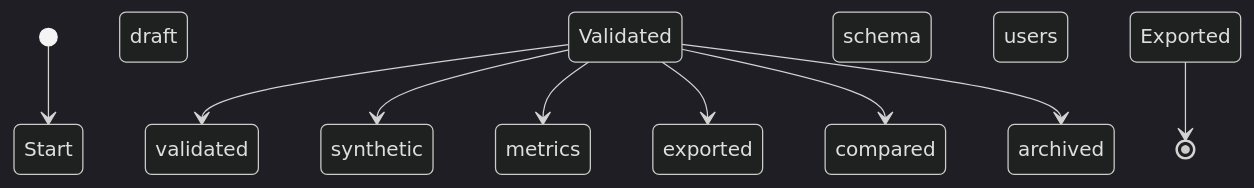
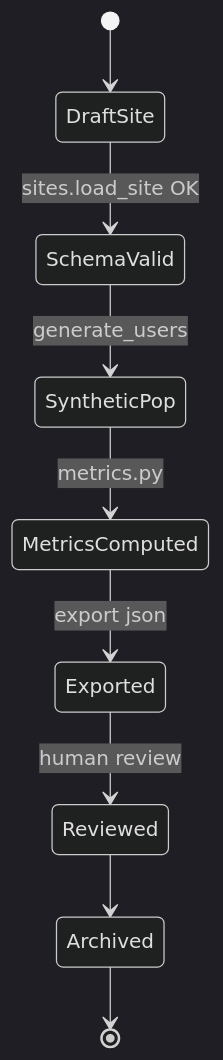
The diagram in docs/diagrams/state_machine.mmd (gunnchOS3k/7gc-digital-twin), drawn with Mermaid (dark theme) before and after one commit. The commit also changed 29 other files, not shown here.

First line of the commit message:
Issue audit pass: repo-specific diagrams, review-ready papers, ISSUE_AUDIT

```diff
--- a/docs/diagrams/state_machine.mmd
+++ b/docs/diagrams/state_machine.mmd
@@ -1,10 +1,9 @@
 stateDiagram-v2
-  [*] --> Start
-  draft
-  Validated --> validated schema
-  Validated --> synthetic users
-  Validated --> metrics
-  Validated --> exported
-  Validated --> compared
-  Validated --> archived
-  Exported --> [*]
+  [*] --> DraftSite
+  DraftSite --> SchemaValid: sites.load_site OK
+  SchemaValid --> SyntheticPop: generate_users
+  SyntheticPop --> MetricsComputed: metrics.py
+  MetricsComputed --> Exported: export json
+  Exported --> Reviewed: human review
+  Reviewed --> Archived
+  Archived --> [*]
```
